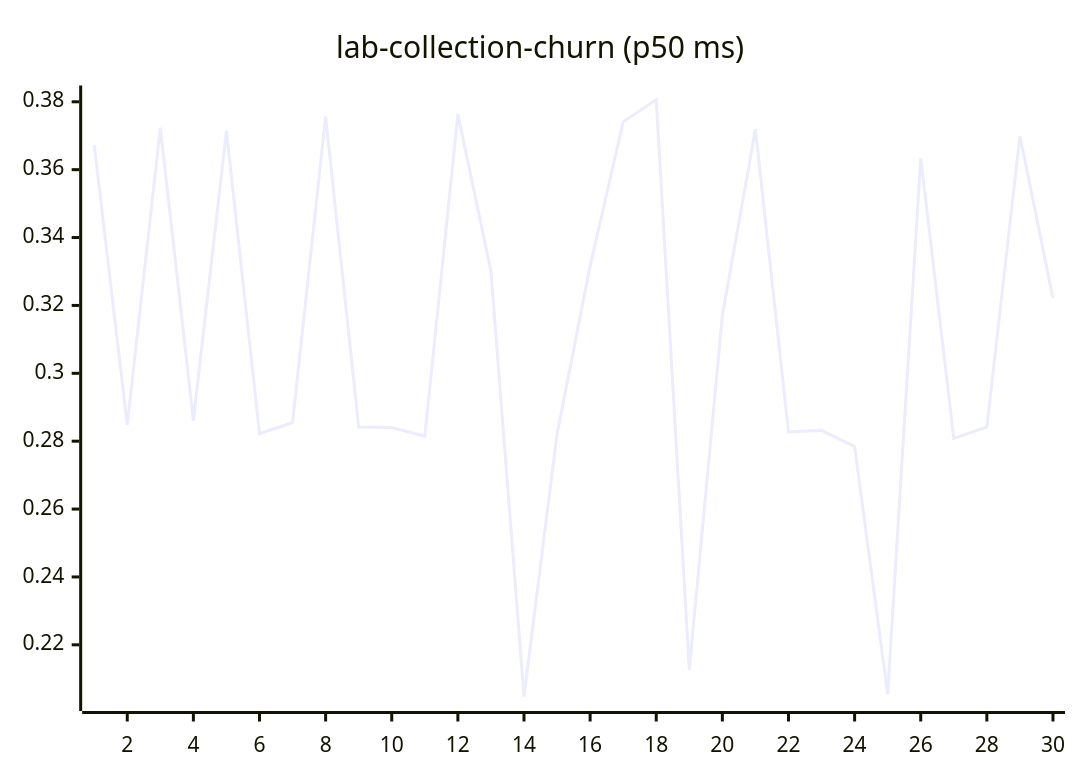
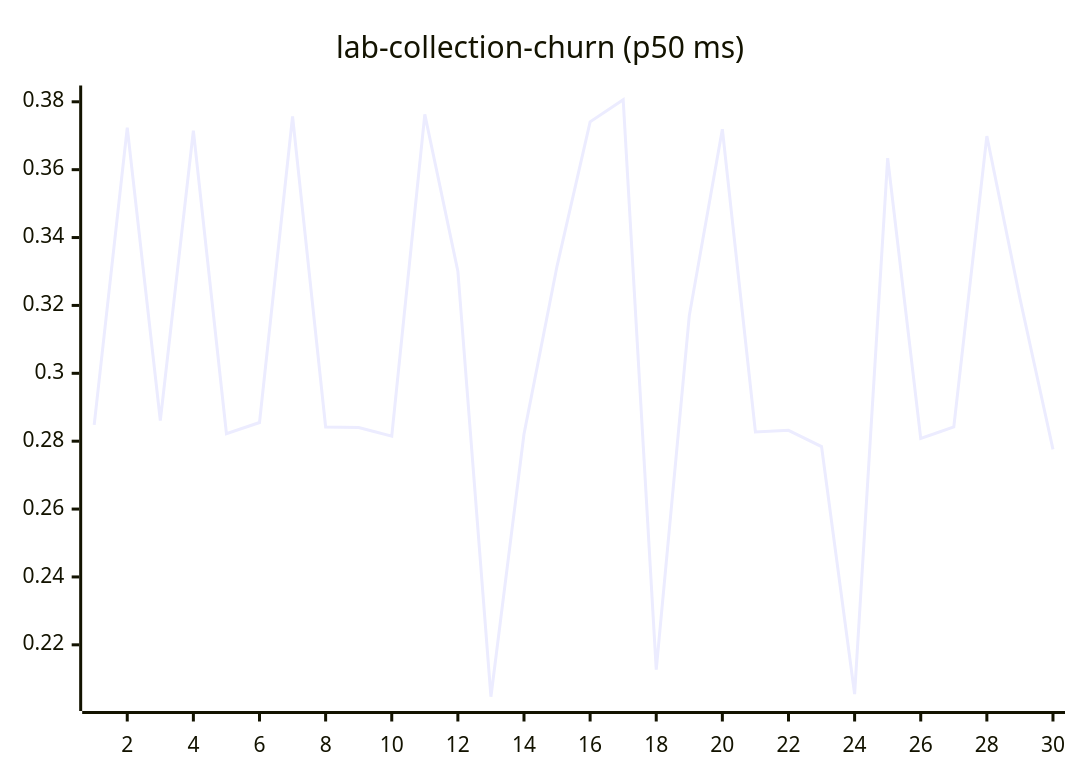
One commit to josha/Facet changed diagram 11 of 27 in README.md. Above: the diagram before and after it, drawn with Mermaid. The commit also changed other lines of this file and 2 other files, not shown here.

````diff
--- a/README.md
+++ b/README.md
@@ -133,6 +133,6 @@
 ```mermaid
 xychart-beta
     title "lab-collection-churn (p50 ms)"
     x-axis 1 --> 30
-    line [0.3673, 0.2848, 0.3724, 0.2861, 0.3715, 0.2822, 0.2855, 0.3757, 0.2842, 0.2840, 0.2815, 0.3763, 0.3301, 0.2047, 0.2821, 0.3316, 0.3741, 0.3806, 0.2127, 0.3170, 0.3719, 0.2827, 0.2832, 0.2784, 0.2055, 0.3634, 0.2808, 0.2842, 0.3699, 0.3221]
+    line [0.2848, 0.3724, 0.2861, 0.3715, 0.2822, 0.2855, 0.3757, 0.2842, 0.2840, 0.2815, 0.3763, 0.3301, 0.2047, 0.2821, 0.3316, 0.3741, 0.3806, 0.2127, 0.3170, 0.3719, 0.2827, 0.2832, 0.2784, 0.2055, 0.3634, 0.2808, 0.2842, 0.3699, 0.3221, 0.2776]
 ```
````
